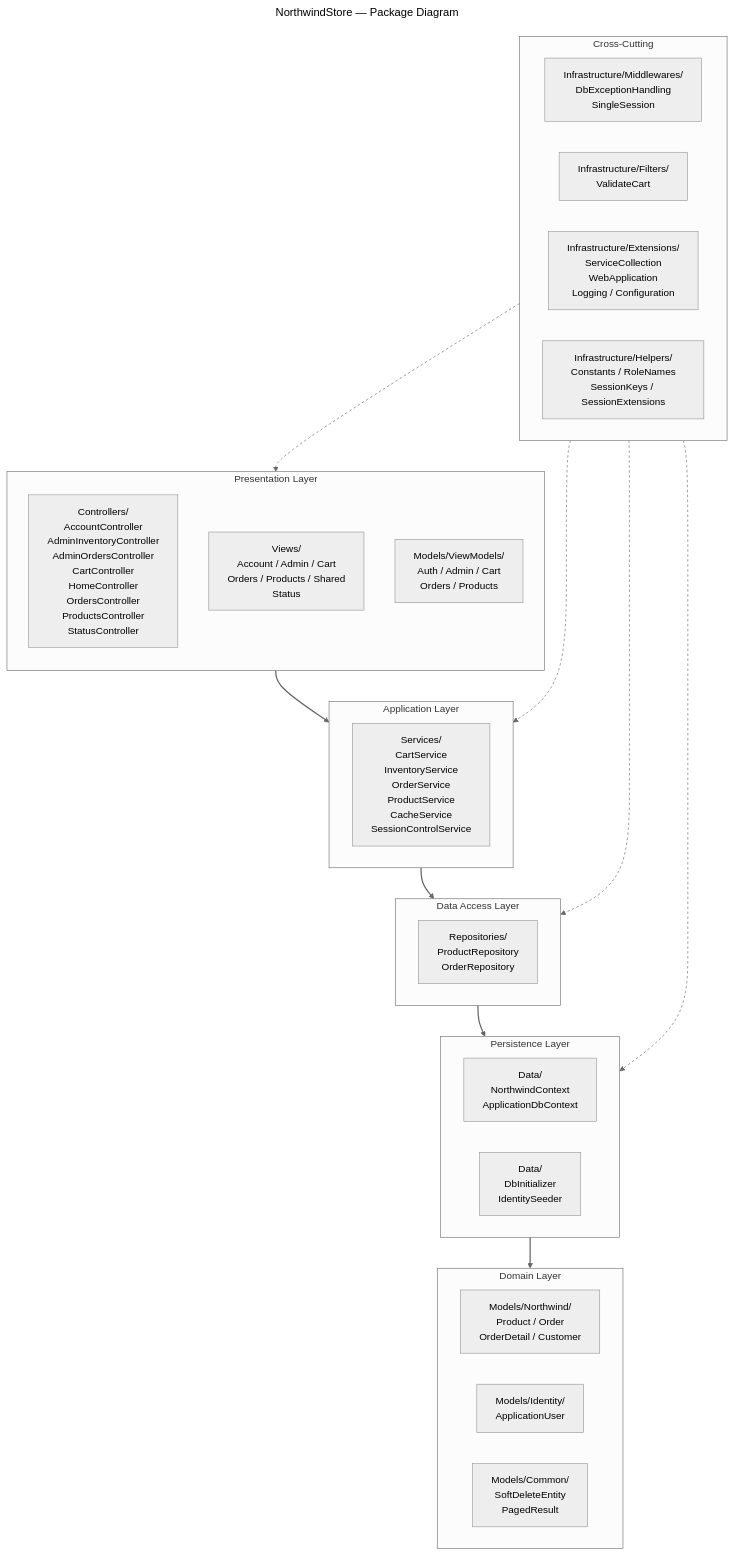
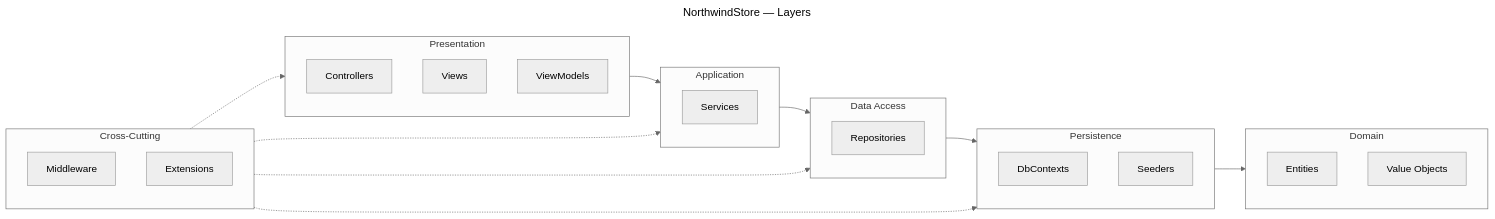
The diagram in README.md (jeffersonmejia/north-taks1-p3), drawn with Mermaid (neutral theme) before and after one commit.

Commit message:
refactor: simplify architecture package diagram in README

````diff
--- a/README.md
+++ b/README.md
@@ -52,50 +52,32 @@
 ```mermaid
 ---
-title: NorthwindStore — Package Diagram
+title: NorthwindStore — Layers
 ---
-flowchart TB
-  subgraph Presentation["Presentation Layer"]
-    direction TB
-    Controllers["Controllers/\nAccountController\nAdminInventoryController\nAdminOrdersController\nCartController\nHomeController\nOrdersController\nProductsController\nStatusController"]
-    Views["Views/\nAccount / Admin / Cart\nOrders / Products / Shared\nStatus"]
-    ViewModels["Models/ViewModels/\nAuth / Admin / Cart\nOrders / Products"]
+flowchart LR
+  subgraph P["Presentation"]
+    Ctrl["Controllers"]
+    Views["Views"]
+    VMs["ViewModels"]
+  end
+  subgraph App["Application"]
+    Svcs["Services"]
+  end
+  subgraph DAL["Data Access"]
+    Repos["Repositories"]
+  end
+  subgraph Per["Persistence"]
+    DbCtx["DbContexts"]
+    Seed["Seeders"]
+  end
+  subgraph Dom["Domain"]
+    Ents["Entities"]
+    VOs["Value Objects"]
+  end
+  subgraph XCut["Cross-Cutting"]
+    Mid["Middleware"]
+    Ext["Extensions"]
   end
 
-  subgraph Application["Application Layer"]
-    Services["Services/\nCartService\nInventoryService\nOrderService\nProductService\nCacheService\nSessionControlService"]
-  end
-
-  subgraph DataAccess["Data Access Layer"]
-    Repositories["Repositories/\nProductRepository\nOrderRepository"]
-  end
-
-  subgraph Persistence["Persistence Layer"]
-    DbContexts["Data/\nNorthwindContext\nApplicationDbContext"]
-    DbInitializer["Data/\nDbInitializer\nIdentitySeeder"]
-  end
-
-  subgraph Domain["Domain Layer"]
-    Northwind["Models/Northwind/\nProduct / Order\nOrderDetail / Customer"]
-    Identity["Models/Identity/\nApplicationUser"]
-    Common["Models/Common/\nSoftDeleteEntity\nPagedResult"]
-  end
-
-  subgraph CrossCutting["Cross-Cutting"]
-    Middleware["Infrastructure/Middlewares/\nDbExceptionHandling\nSingleSession"]
-    Filters["Infrastructure/Filters/\nValidateCart"]
-    Extensions["Infrastructure/Extensions/\nServiceCollection\nWebApplication\nLogging / Configuration"]
-    Helpers["Infrastructure/Helpers/\nConstants / RoleNames\nSessionKeys / SessionExtensions"]
-  end
-
-  Presentation --> Application
-  Application --> DataAccess
-  DataAccess --> Persistence
-  Persistence --> Domain
-  CrossCutting -.-> Presentation
-  CrossCutting -.-> Application
-  CrossCutting -.-> DataAccess
-  CrossCutting -.-> Persistence
-
-  linkStyle 0,1,2,3 stroke-width:2
-  linkStyle 4,5,6,7 stroke-dasharray:4 4
+  P --> App --> DAL --> Per --> Dom
+  XCut -.-> P & App & DAL & Per
 ```
````
